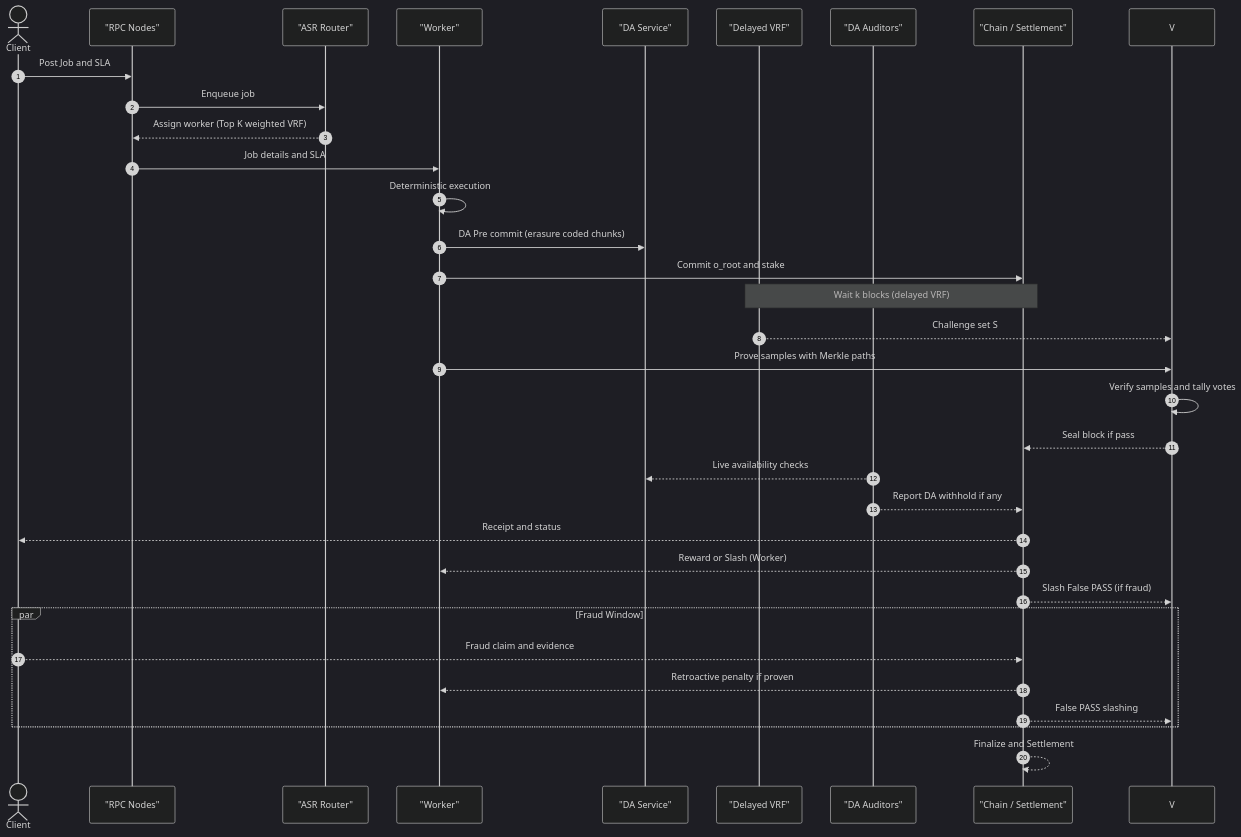
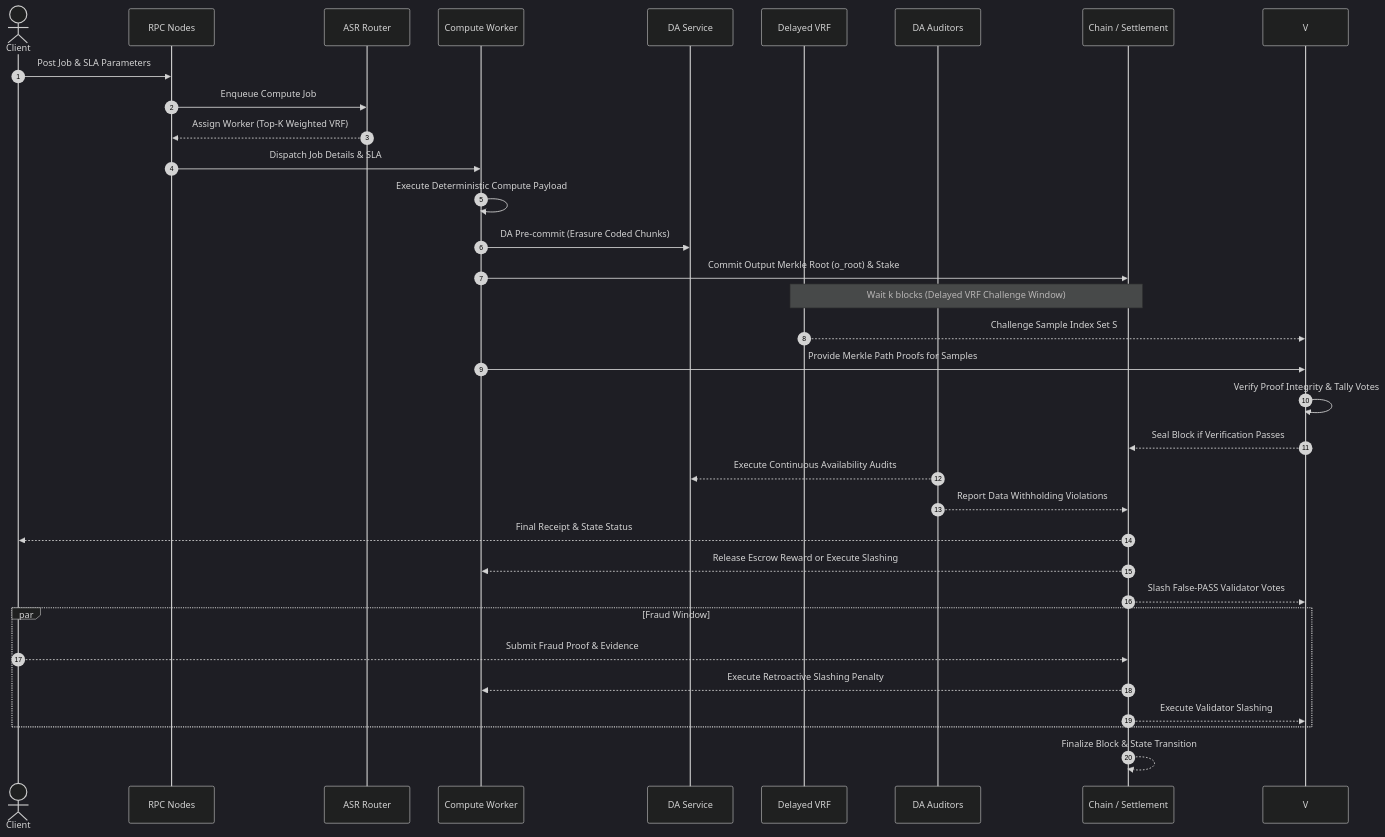
The second of 7 diagrams in docs/architecture/NAKHARAX_PROTOCOL.md (axionaxprotocol/nakharax), drawn with Mermaid (dark theme) before and after one commit. The commit also changed other lines of this file and 53 other files, not shown here.

````diff
--- a/docs/architecture/NAKHARAX_PROTOCOL.md
+++ b/docs/architecture/NAKHARAX_PROTOCOL.md
@@ -84,43 +73,43 @@
 ```mermaid
 sequenceDiagram
     autonumber
     actor Client
-    participant RPC as "RPC Nodes"
-    participant ASR as "ASR Router"
-    participant W as "Worker"
-    participant DA as "DA Service"
-    participant VRF as "Delayed VRF"
-    participant AUD as "DA Auditors"
-    participant CH as "Chain / Settlement"
+    participant RPC as RPC Nodes
+    participant ASR as ASR Router
+    participant W as Compute Worker
+    participant DA as DA Service
+    participant VRF as Delayed VRF
+    participant AUD as DA Auditors
+    participant CH as Chain / Settlement
 
-    Client->>RPC: Post Job and SLA
-    RPC->>ASR: Enqueue job
-    ASR-->>RPC: Assign worker (Top K weighted VRF)
-    RPC->>W: Job details and SLA
+    Client->>RPC: Post Job & SLA Parameters
+    RPC->>ASR: Enqueue Compute Job
+    ASR-->>RPC: Assign Worker (Top-K Weighted VRF)
+    RPC->>W: Dispatch Job Details & SLA
 
-    W->>W: Deterministic execution
-    W->>DA: DA Pre commit (erasure coded chunks)
-    W->>CH: Commit o_root and stake
+    W->>W: Execute Deterministic Compute Payload
+    W->>DA: DA Pre-commit (Erasure Coded Chunks)
+    W->>CH: Commit Output Merkle Root (o_root) & Stake
 
-    Note over VRF,CH: Wait k blocks (delayed VRF)
-    VRF-->>V: Challenge set S
+    Note over VRF,CH: Wait k blocks (Delayed VRF Challenge Window)
+    VRF-->>V: Challenge Sample Index Set S
 
-    W->>V: Prove samples with Merkle paths
-    V->>V: Verify samples and tally votes
-    V-->>CH: Seal block if pass
+    W->>V: Provide Merkle Path Proofs for Samples
+    V->>V: Verify Proof Integrity & Tally Votes
+    V-->>CH: Seal Block if Verification Passes
 
-    AUD-->>DA: Live availability checks
-    AUD-->>CH: Report DA withhold if any
+    AUD-->>DA: Execute Continuous Availability Audits
+    AUD-->>CH: Report Data Withholding Violations
 
-    CH-->>Client: Receipt and status
-    CH-->>W: Reward or Slash (Worker)
-    CH-->>V: Slash False PASS (if fraud)
+    CH-->>Client: Final Receipt & State Status
+    CH-->>W: Release Escrow Reward or Execute Slashing
+    CH-->>V: Slash False-PASS Validator Votes
 
     par Fraud Window
-        Client-->>CH: Fraud claim and evidence
-        CH-->>W: Retroactive penalty if proven
-        CH-->>V: False PASS slashing
+        Client-->>CH: Submit Fraud Proof & Evidence
+        CH-->>W: Execute Retroactive Slashing Penalty
+        CH-->>V: Execute Validator Slashing
     end
 
-    CH-->>CH: Finalize and Settlement
+    CH-->>CH: Finalize Block & State Transition
 ```
````
